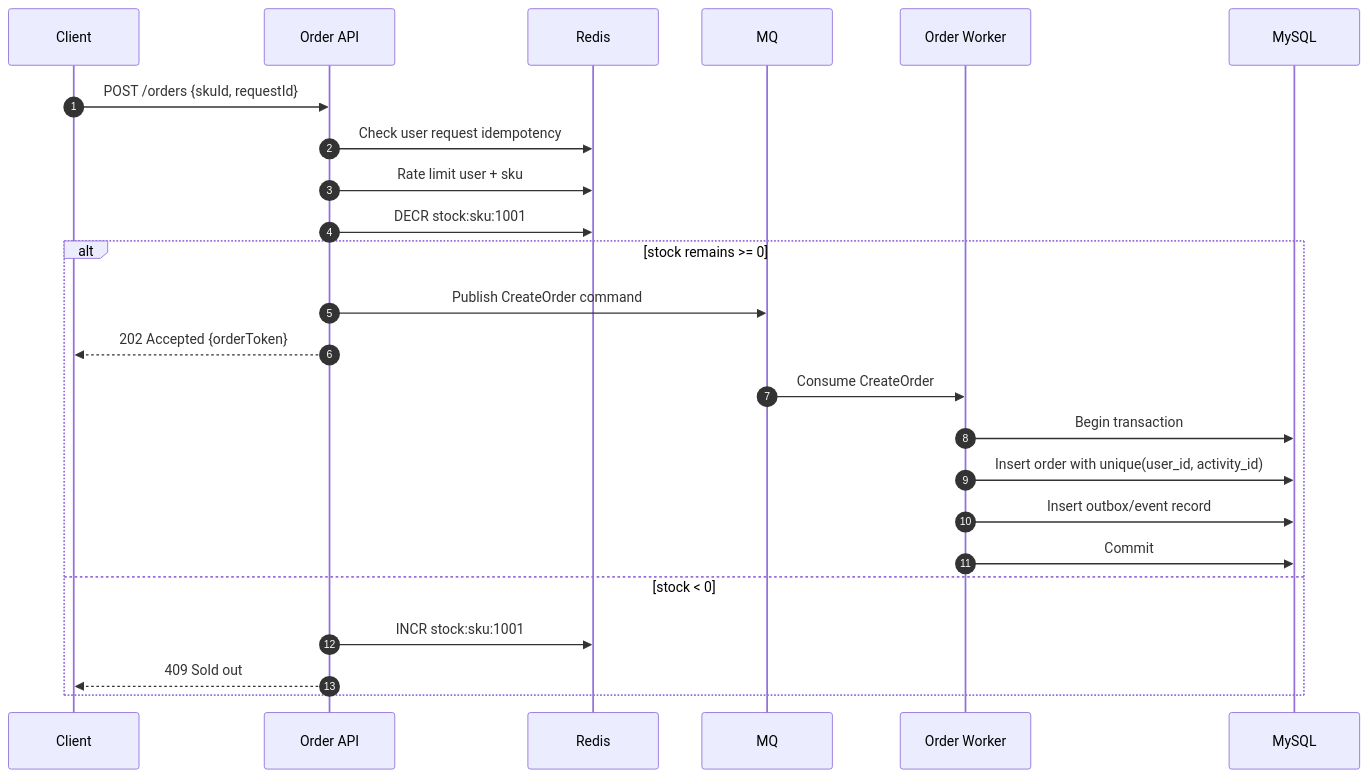
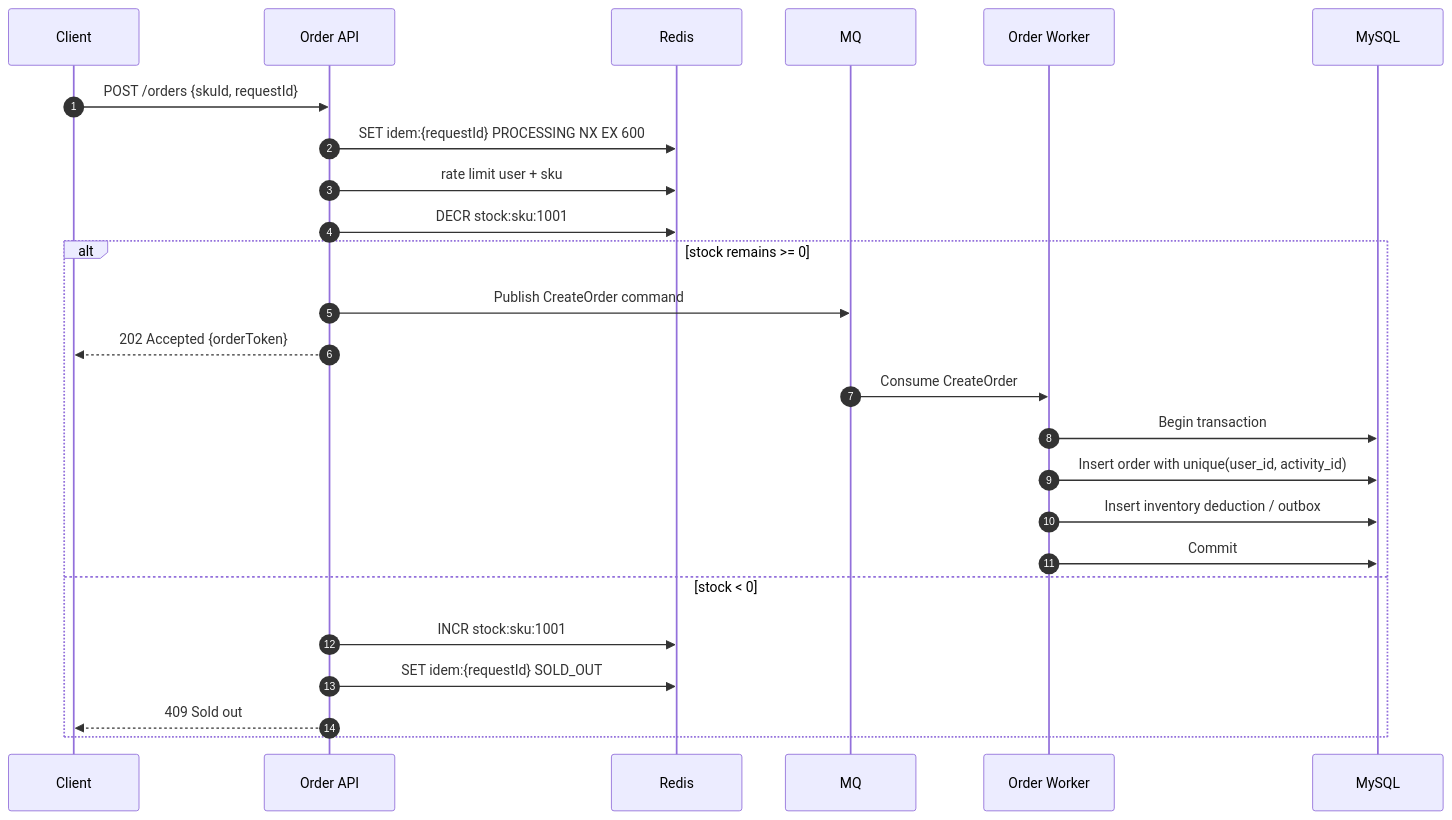
Before and after one commit to AmazingCaddy/readings-backend: the second of 5 diagrams in docs/practice/high-concurrency-order-system.md, drawn with Mermaid. The commit also changed other lines of this file, not shown here.

````diff
--- a/docs/practice/high-concurrency-order-system.md
+++ b/docs/practice/high-concurrency-order-system.md
@@ -35,27 +64,28 @@
 ```mermaid
 sequenceDiagram
     autonumber
     participant C as Client
     participant API as Order API
     participant R as Redis
     participant MQ as MQ
     participant W as Order Worker
     participant DB as MySQL
 
     C->>API: POST /orders {skuId, requestId}
-    API->>R: Check user request idempotency
-    API->>R: Rate limit user + sku
+    API->>R: SET idem:{requestId} PROCESSING NX EX 600
+    API->>R: rate limit user + sku
     API->>R: DECR stock:sku:1001
     alt stock remains >= 0
         API->>MQ: Publish CreateOrder command
         API-->>C: 202 Accepted {orderToken}
         MQ->>W: Consume CreateOrder
         W->>DB: Begin transaction
         W->>DB: Insert order with unique(user_id, activity_id)
-        W->>DB: Insert outbox/event record
+        W->>DB: Insert inventory deduction / outbox
         W->>DB: Commit
     else stock < 0
         API->>R: INCR stock:sku:1001
+        API->>R: SET idem:{requestId} SOLD_OUT
         API-->>C: 409 Sold out
     end
 ```
````
